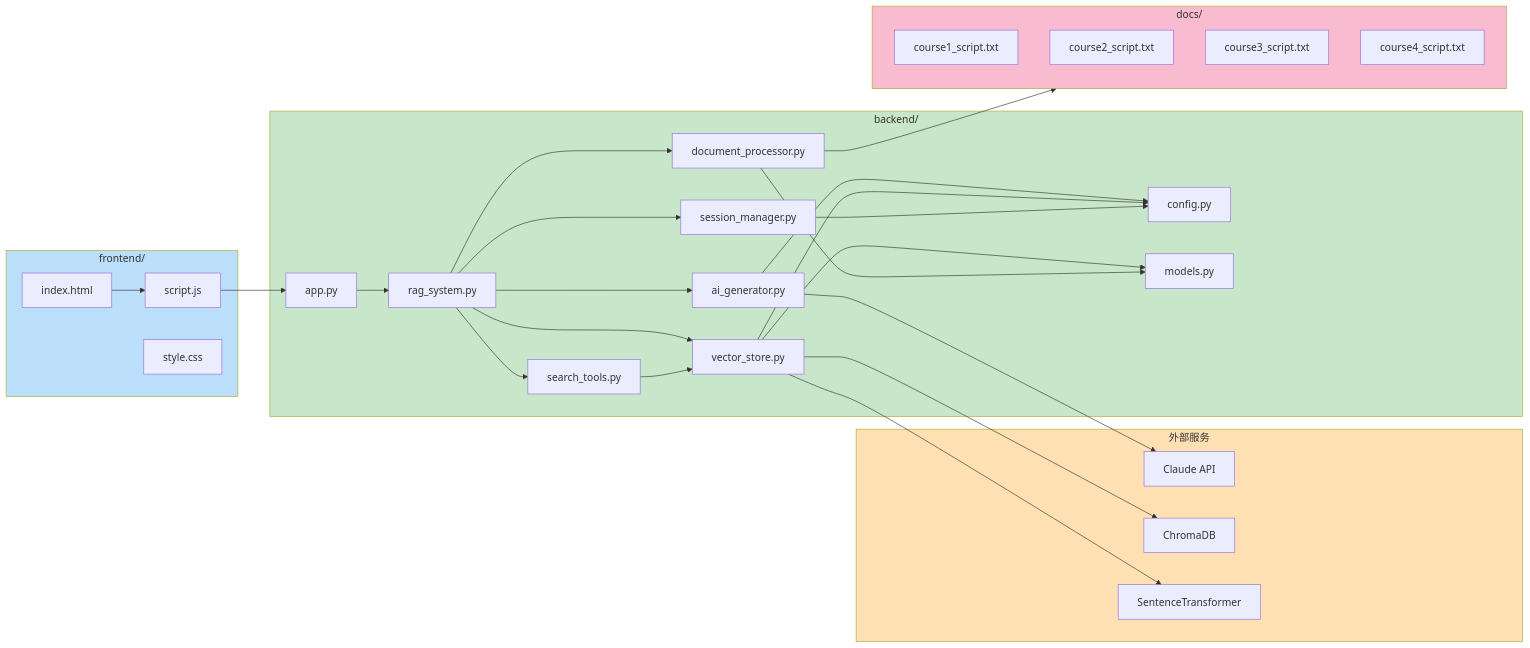
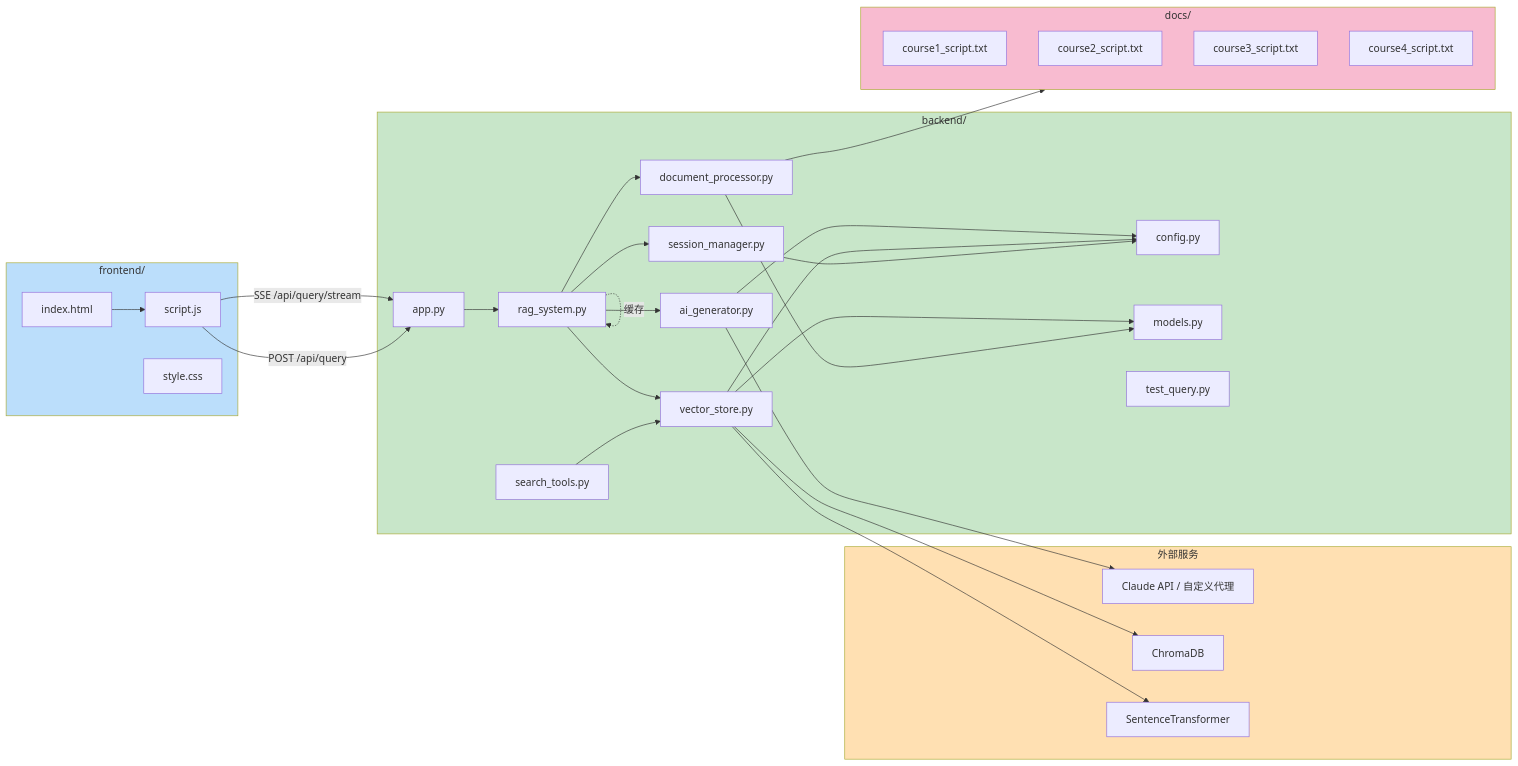
Before and after one commit to core516/ragchatbot: the fifth of 6 diagrams in docs/flow-diagram.md, drawn with Mermaid. The commit also changed other lines of this file, not shown here.

First line of the commit message:
Update flow-diagram.md to reflect new streaming SSE architecture

````diff
--- a/docs/flow-diagram.md
+++ b/docs/flow-diagram.md
@@ -100,62 +139,64 @@
 ```mermaid
 graph LR
     subgraph frontend["frontend/"]
         HTML[index.html]
         JS[script.js]
         CSS[style.css]
     end
 
     subgraph backend["backend/"]
         APP[app.py]
         RAG[rag_system.py]
         AI[ai_generator.py]
         VS[vector_store.py]
         DP[document_processor.py]
         ST[search_tools.py]
         SM[session_manager.py]
         CFG[config.py]
         MDL[models.py]
+        TEST[test_query.py]
     end
 
     subgraph external["外部服务"]
-        CLAude[Claude API]
+        CLAUDE[Claude API / 自定义代理]
         CHROMA[ChromaDB]
         ST2[SentenceTransformer]
     end
 
     subgraph docs["docs/"]
         C1[course1_script.txt]
         C2[course2_script.txt]
         C3[course3_script.txt]
         C4[course4_script.txt]
     end
 
     HTML --> JS
-    JS --> APP
-    
+    JS -->|SSE /api/query/stream| APP
+    JS -->|POST /api/query| APP
+
     APP --> RAG
     RAG --> AI
     RAG --> VS
     RAG --> SM
-    RAG --> ST
     RAG --> DP
-    
+    RAG -.缓存.-> RAG
+
     AI --> CFG
-    AI --> CLAude
-    
+    AI --> CLAUDE
+
     VS --> CFG
     VS --> MDL
     VS --> CHROMA
     VS --> ST2
-    
+
     ST --> VS
     DP --> MDL
     SM --> CFG
-    
+
     DP --> docs
 
     style frontend fill:#bbdefb
     style backend fill:#c8e6c9
     style external fill:#ffe0b2
     style docs fill:#f8bbd0
 ```
````
